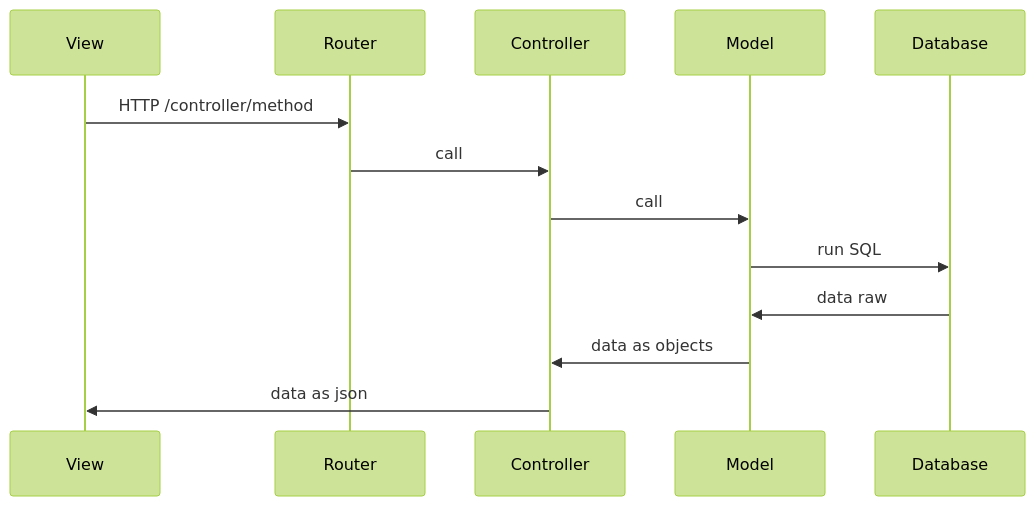
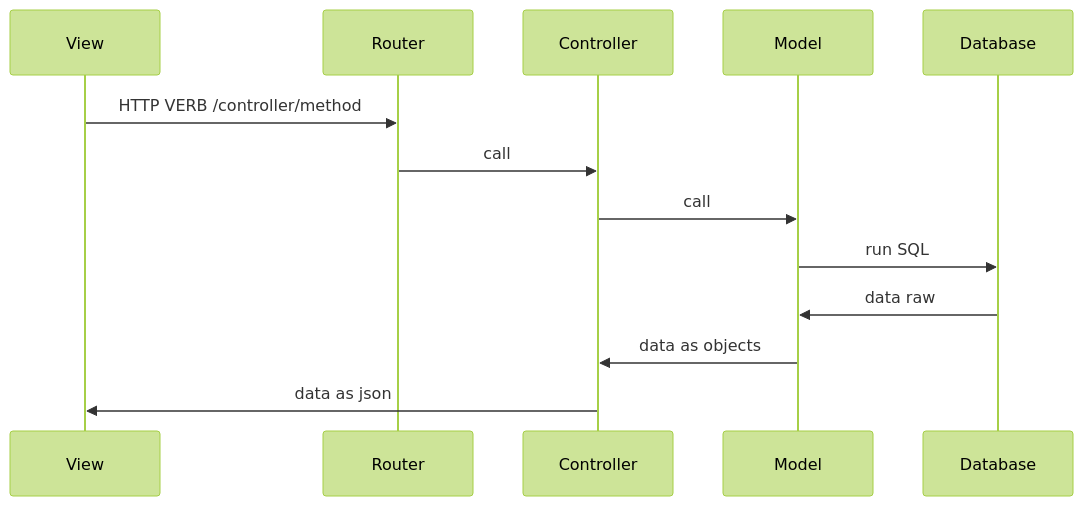
One commit to simon-jaeger/sae-php-frameworks changed the diagram in _docs/mvc.md. Above: the diagram before and after it, drawn with Mermaid (forest theme). The commit also changed 13 other files, not shown here.

````diff
--- a/_docs/mvc.md
+++ b/_docs/mvc.md
@@ -3,15 +3,15 @@
 ```mermaid
 sequenceDiagram
     participant V as View
     participant R as Router
     participant C as Controller
     participant M as Model
     participant D as Database
-    V ->> R: HTTP /controller/method
+    V ->> R: HTTP VERB /controller/method
     R ->> C: call
     C ->> M: call
     M ->> D: run SQL
     D ->> M: data raw
     M ->> C: data as objects
     C ->> V: data as json
 ```
````
